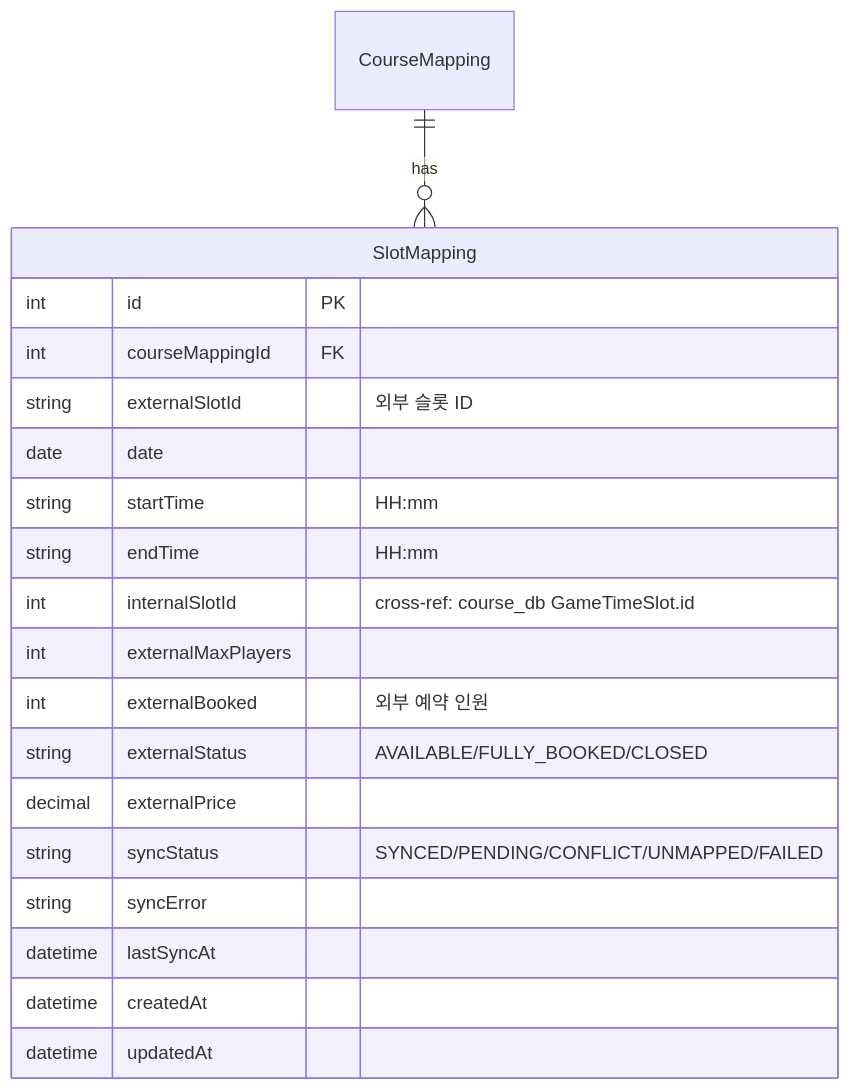
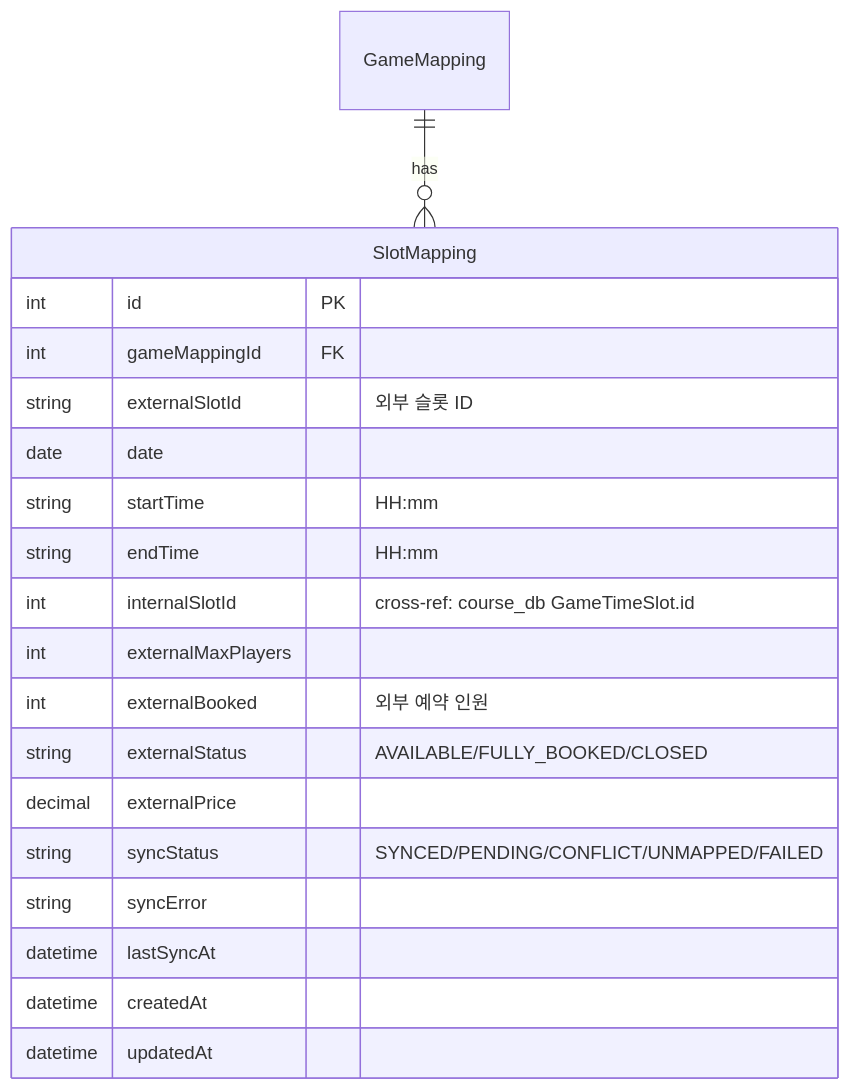
One commit to uniyous/parkgolf-platform changed diagram 33 of 35 in docs/architecture/DATABASE.md. Above: the diagram before and after it, drawn with Mermaid. The commit also changed other lines of this file and 42 other files, not shown here.

````diff
--- a/docs/architecture/DATABASE.md
+++ b/docs/architecture/DATABASE.md
@@ -1523,23 +1523,23 @@
 ```mermaid
 erDiagram
-    CourseMapping ||--o{ SlotMapping : "has"
+    GameMapping ||--o{ SlotMapping : "has"
 
     SlotMapping {
         int id PK
-        int courseMappingId FK
+        int gameMappingId FK
         string externalSlotId "외부 슬롯 ID"
         date date
         string startTime "HH:mm"
         string endTime "HH:mm"
         int internalSlotId "cross-ref: course_db GameTimeSlot.id"
         int externalMaxPlayers
         int externalBooked "외부 예약 인원"
         string externalStatus "AVAILABLE/FULLY_BOOKED/CLOSED"
         decimal externalPrice
         string syncStatus "SYNCED/PENDING/CONFLICT/UNMAPPED/FAILED"
         string syncError
         datetime lastSyncAt
         datetime createdAt
         datetime updatedAt
     }
 ```
````
